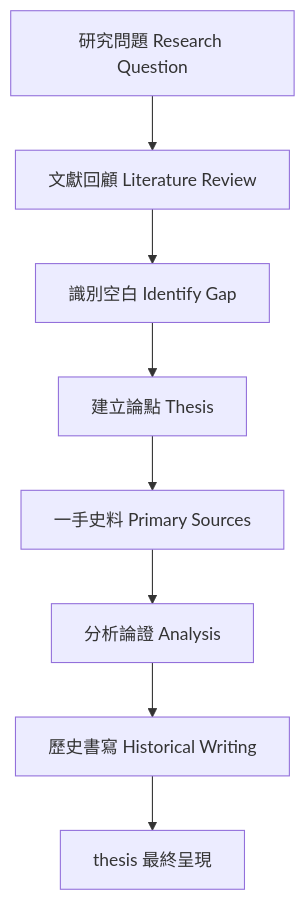
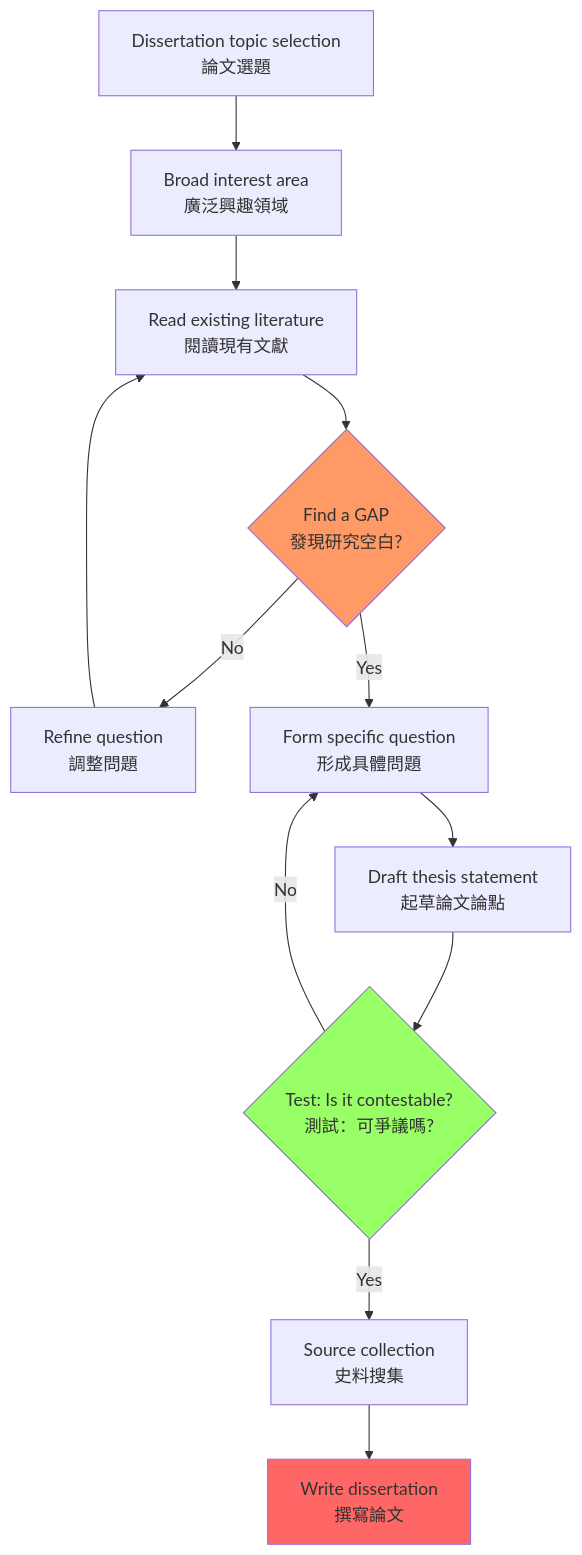
Before and after one commit to yip-lgtm/HKU-Harvard-History-Self-Study: the first of 5 diagrams in 01_HKU_Courses/HIST4017_Dissertation_Elective.md, drawn with Mermaid. The commit also changed other lines of this file and 2 other files, not shown here.

````diff
--- a/01_HKU_Courses/HIST4017_Dissertation_Elective.md
+++ b/01_HKU_Courses/HIST4017_Dissertation_Elective.md
@@ -128,10 +120,18 @@
 ```mermaid
 flowchart TD
-    A[研究問題 Research Question] --> B[文獻回顧 Literature Review]
-    B --> C[識別空白 Identify Gap]
-    C --> D[建立論點 Thesis]
-    D --> E[一手史料 Primary Sources]
-    E --> F[分析論證 Analysis]
-    F --> G[歷史書寫 Historical Writing]
-    G --> H[thesis 最終呈現]
+    A[Dissertation topic selection<br/>論文選題] --> B[Broad interest area<br/>廣泛興趣領域]
+    B --> C[Read existing literature<br/>閱讀現有文獻]
+    C --> D{Find a GAP<br/>發現研究空白?}
+    D -->|No| E[Refine question<br/>調整問題]
+    E --> C
+    D -->|Yes| F[Form specific question<br/>形成具體問題]
+    F --> G[Draft thesis statement<br/>起草論文論點]
+    G --> H{Test: Is it contestable?<br/>測試：可爭議嗎?}
+    H -->|No| F
+    H -->|Yes| I[Source collection<br/>史料搜集]
+    I --> J[Write dissertation<br/>撰寫論文]
+    
+    style D fill:#f96
+    style H fill:#9f6
+    style J fill:#f66
 ```
````
